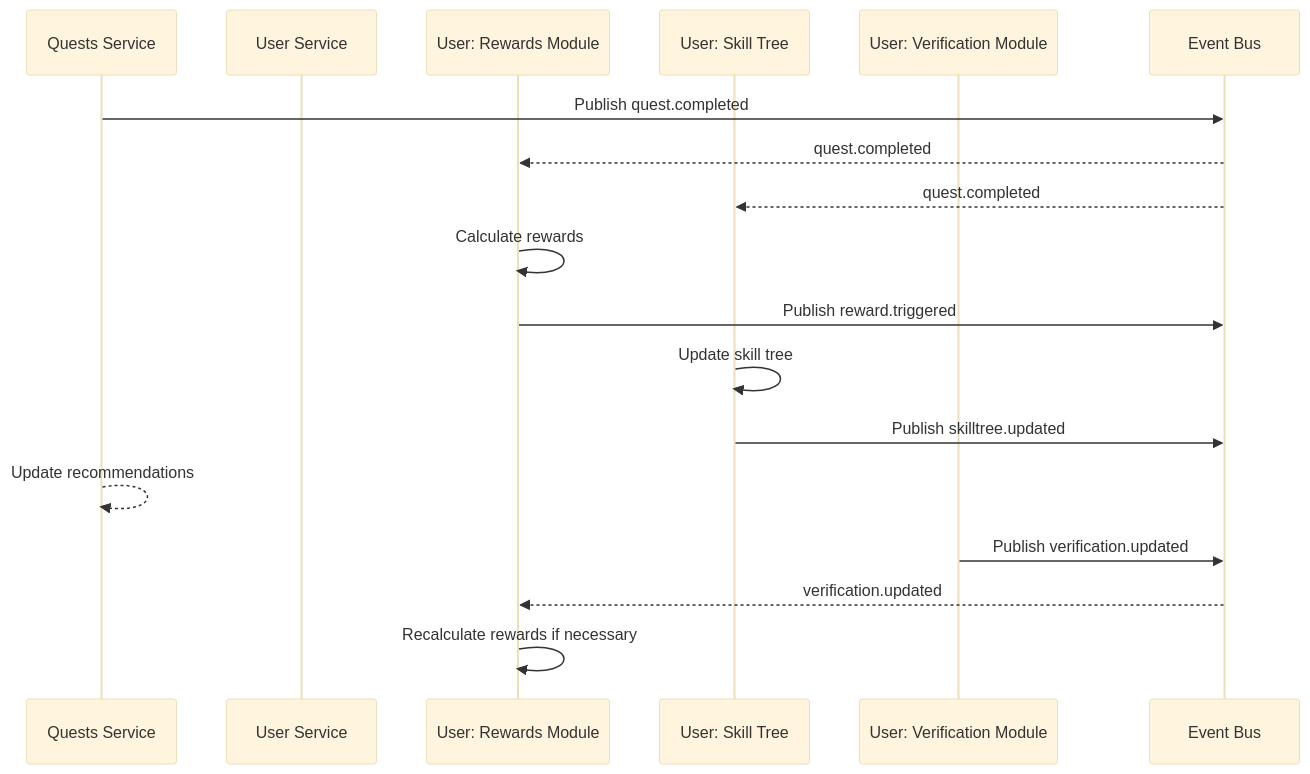
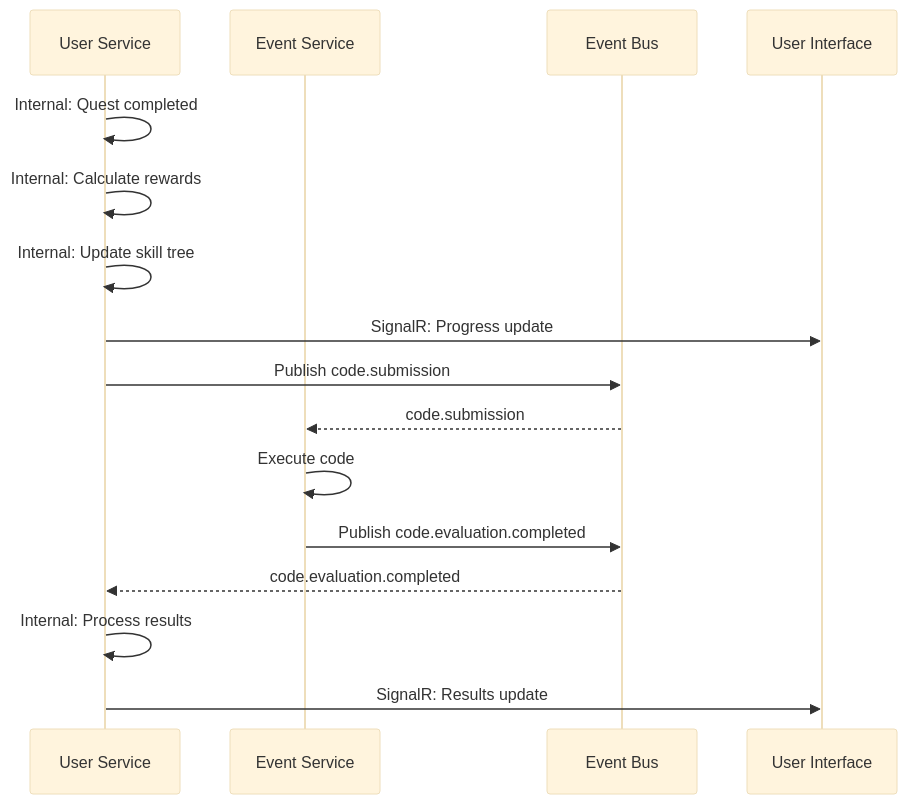
The diagram in docs/fullstack-architecture/backend-architecture.md (FA25SE050-RogueLearn/RogueLearn.BMAD.Documentation), drawn with Mermaid (base theme) before and after one commit. The commit also changed other lines of this file and 8 other files, not shown here.

Commit message:
feat: readjust architecture to reduce to 2 microservices

````diff
--- a/docs/fullstack-architecture/backend-architecture.md
+++ b/docs/fullstack-architecture/backend-architecture.md
@@ -167,21 +248,20 @@
 ```mermaid
 sequenceDiagram
-    participant Q as Quests Service
     participant U as User Service
-    participant R as User: Rewards Module
-    participant K as User: Skill Tree
-    participant V as User: Verification Module
+    participant E as Event Service
     participant B as Event Bus
+    participant UI as User Interface
 
-    Q->>B: Publish quest.completed
-    B-->>R: quest.completed
-    B-->>K: quest.completed
-    R->>R: Calculate rewards
-    R->>B: Publish reward.triggered
-    K->>K: Update skill tree
-    K->>B: Publish skilltree.updated
-    Q-->>Q: Update recommendations
-    V->>B: Publish verification.updated
-    B-->>R: verification.updated
-    R->>R: Recalculate rewards if necessary
+    U->>U: Internal: Quest completed
+    U->>U: Internal: Calculate rewards
+    U->>U: Internal: Update skill tree
+    U->>UI: SignalR: Progress update
+    
+    U->>B: Publish code.submission
+    B-->>E: code.submission
+    E->>E: Execute code
+    E->>B: Publish code.evaluation.completed
+    B-->>U: code.evaluation.completed
+    U->>U: Internal: Process results
+    U->>UI: SignalR: Results update
 ```
````
